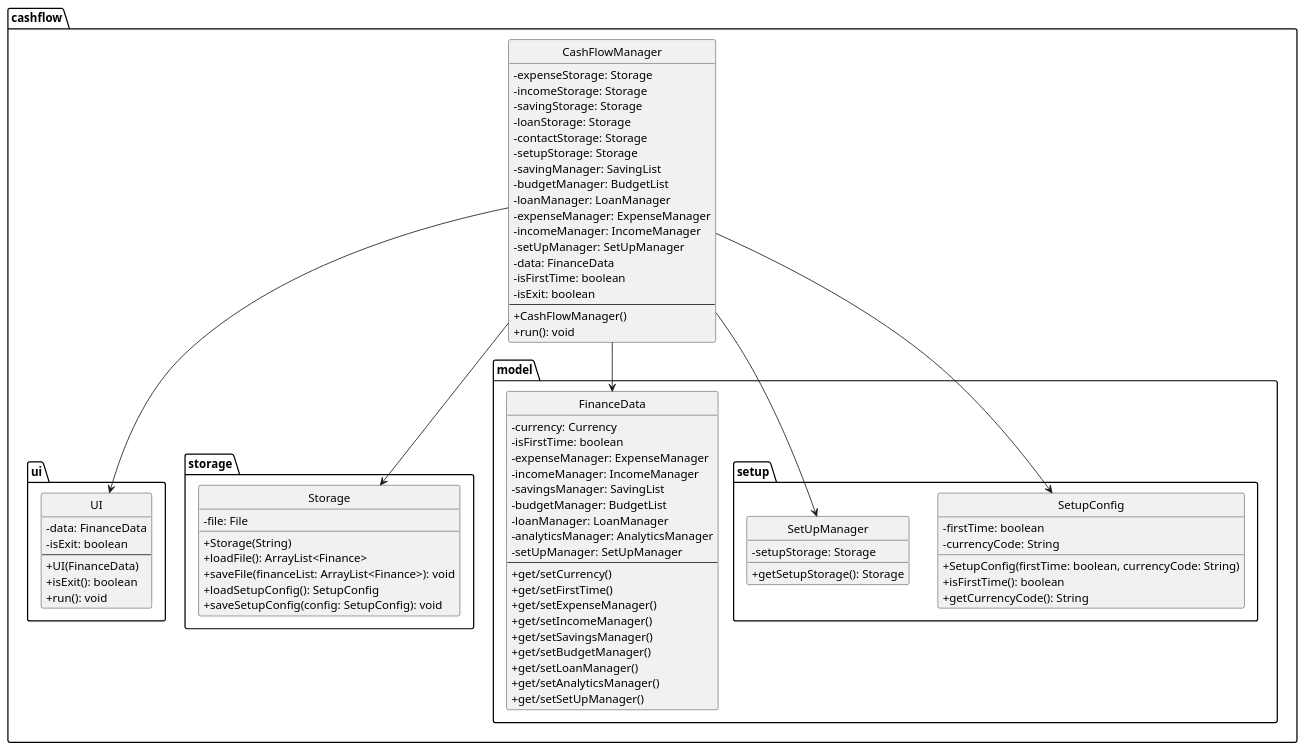
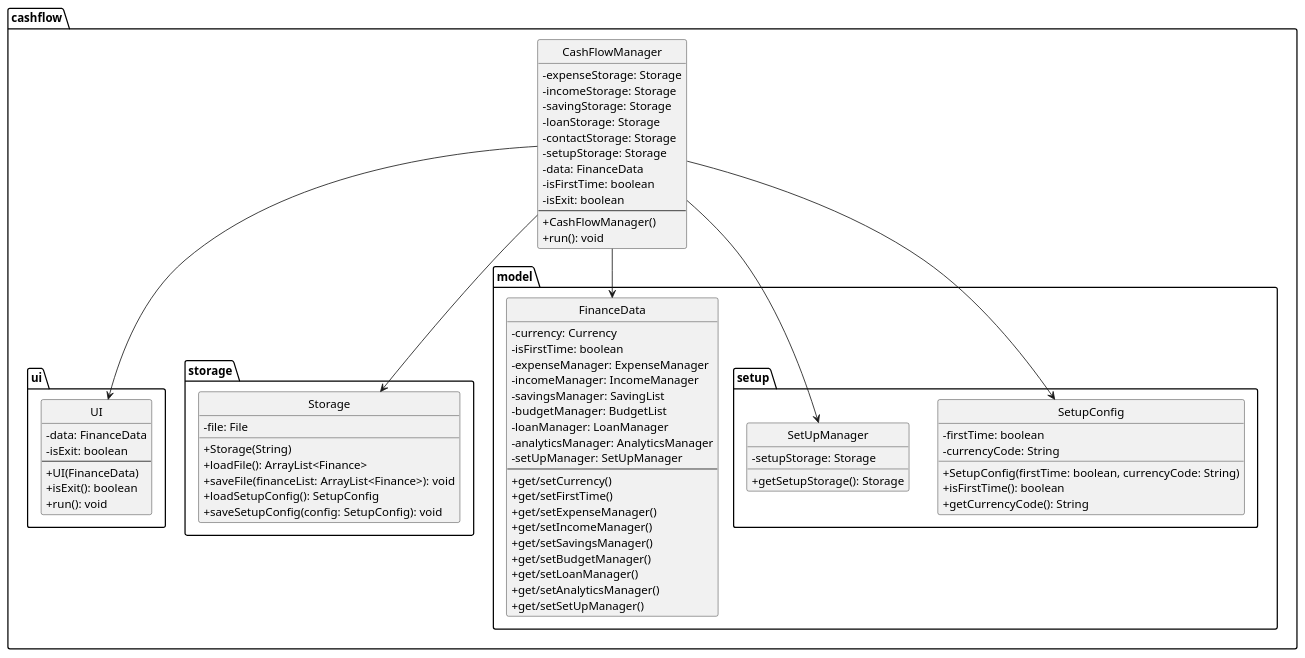
One commit to trunghjieu2506/tp changed the diagram in docs/diagrams/CashFlowManager.puml. Above: the diagram before and after it, drawn with PlantUML. The commit also changed 12 other files, not shown here.

```diff
--- a/docs/diagrams/CashFlowManager.puml
+++ b/docs/diagrams/CashFlowManager.puml
@@ -1,97 +1,91 @@
 @startuml
 hide circle
 skinparam classAttributeIconSize 0
 
 package cashflow{
     class CashFlowManager {
         - expenseStorage: Storage
         - incomeStorage: Storage
         - savingStorage: Storage
         - loanStorage: Storage
         - contactStorage: Storage
         - setupStorage: Storage
-        - savingManager: SavingList
-        - budgetManager: BudgetList
-        - loanManager: LoanManager
-        - expenseManager: ExpenseManager
-        - incomeManager: IncomeManager
-        - setUpManager: SetUpManager
         - data: FinanceData
         - isFirstTime: boolean
         - isExit: boolean
         --
         + CashFlowManager()
         + run(): void
     }
 
     package cashflow.ui{
     class UI {
         - data: FinanceData
         - isExit: boolean
         --
         + UI(FinanceData)
         + isExit(): boolean
         + run(): void
     }
     }
     package storage{
         class Storage {
             - file: File
             + Storage(String)
             + loadFile(): ArrayList<Finance>
             + saveFile(financeList: ArrayList<Finance>): void
             + loadSetupConfig(): SetupConfig
             + saveSetupConfig(config: SetupConfig): void
         }
     }
     package cashflow.model{
         class FinanceData {
             - currency: Currency
             - isFirstTime: boolean
             - expenseManager: ExpenseManager
             - incomeManager: IncomeManager
             - savingsManager: SavingList
             - budgetManager: BudgetList
             - loanManager: LoanManager
             - analyticsManager: AnalyticsManager
             - setUpManager: SetUpManager
             --
             + get/setCurrency()
             + get/setFirstTime()
             + get/setExpenseManager()
             + get/setIncomeManager()
             + get/setSavingsManager()
             + get/setBudgetManager()
             + get/setLoanManager()
             + get/setAnalyticsManager()
             + get/setSetUpManager()
         }
         package setup{
             class SetupConfig {
                 - firstTime: boolean
                 - currencyCode: String
                 + SetupConfig(firstTime: boolean, currencyCode: String)
                 + isFirstTime(): boolean
                 + getCurrencyCode(): String
             }
             class SetUpManager {
                 - setupStorage: Storage
                 + getSetupStorage(): Storage
             }
         }
     }
 }
 
 
 
 
 
 
 ' Relationships
 CashFlowManager --> cashflow.storage.Storage
 CashFlowManager --> cashflow.model.setup.SetupConfig
 CashFlowManager --> cashflow.model.FinanceData
 CashFlowManager --> cashflow.model.setup.SetUpManager
 CashFlowManager --> cashflow.ui.UI
 
 @enduml
```
